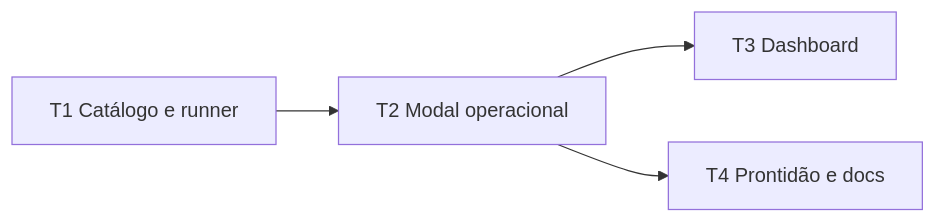
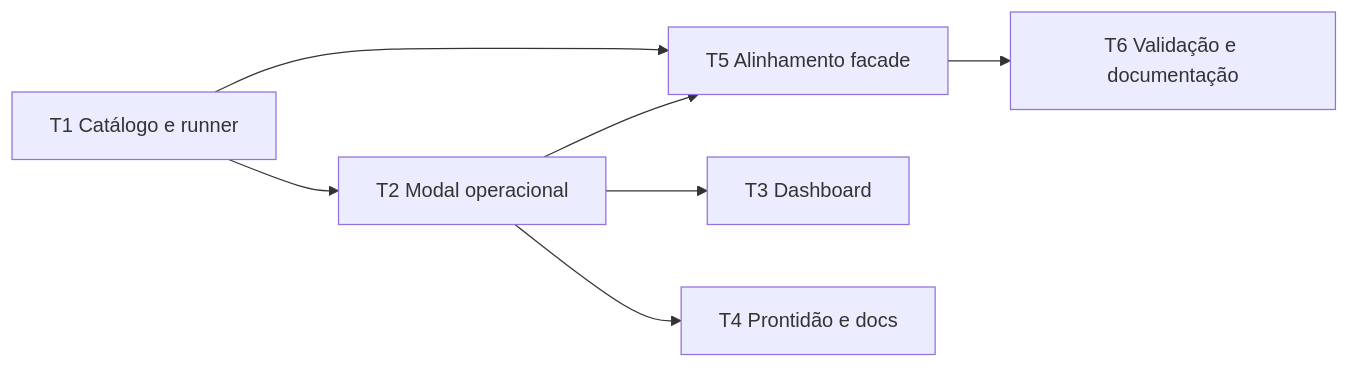
The diagram in .specs/features/ui-operational-actions/tasks.md (valdelin/Hermes-coach), drawn with Mermaid before and after one commit. The commit also changed other lines of this file and 20 other files, not shown here.

````diff
--- a/.specs/features/ui-operational-actions/tasks.md
+++ b/.specs/features/ui-operational-actions/tasks.md
@@ -15,6 +15,9 @@
 ```mermaid
 graph LR
     T1[T1 Catálogo e runner] --> T2[T2 Modal operacional]
+    T1 --> T5[T5 Alinhamento facade]
+    T2 --> T5[T5 Alinhamento facade]
     T2 --> T3[T3 Dashboard]
     T2 --> T4[T4 Prontidão e docs]
+    T5 --> T6[T6 Validação e documentação]
 ```
````
